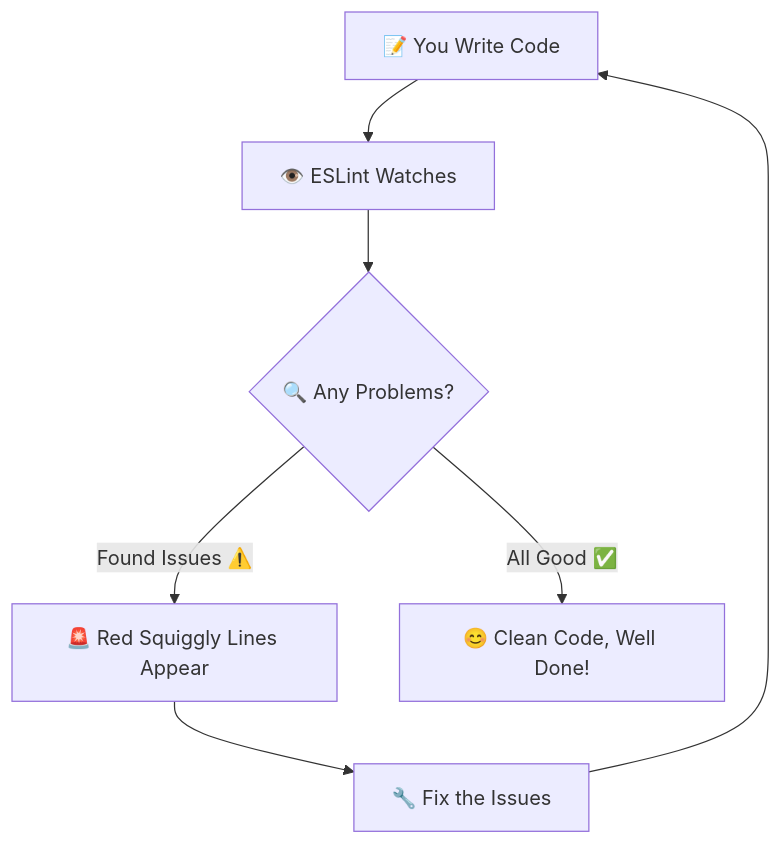
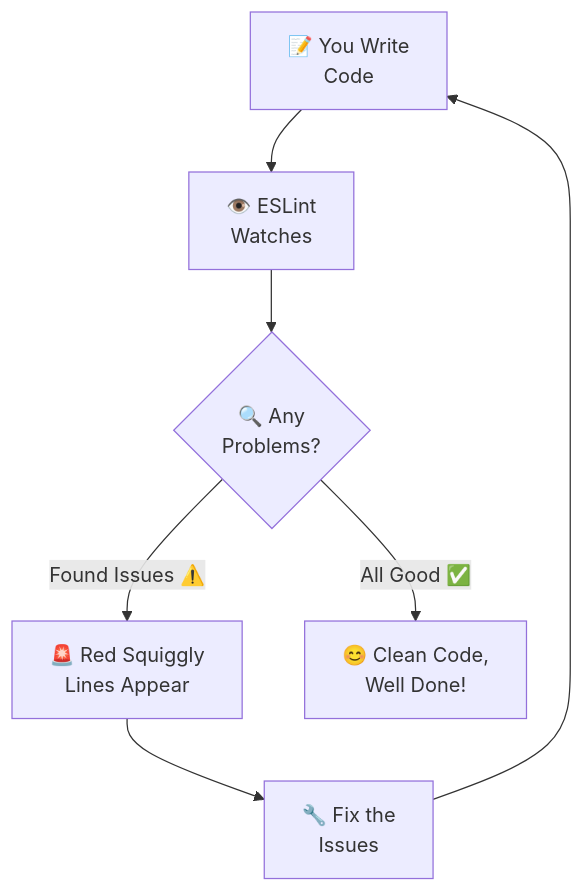
The third of 12 diagrams in docs/TOOLS_GLOSSARY.md (j4yh3m/alexandra-fizzbuzz-js), drawn with Mermaid before and after one commit. The commit also changed other lines of this file and 2 other files, not shown here.

First line of the commit message:
fix: improve Mermaid diagram readability with better text wrapping

````diff
--- a/docs/TOOLS_GLOSSARY.md
+++ b/docs/TOOLS_GLOSSARY.md
@@ -76,9 +76,9 @@
 ```mermaid
 graph TD
-    A[📝 You Write Code] --> B[👁️ ESLint Watches]
-    B --> C{🔍 Any Problems?}
-    C -->|Found Issues ⚠️| D[🚨 Red Squiggly Lines Appear]
-    C -->|All Good ✅| E[😊 Clean Code, Well Done!]
-    D --> F[🔧 Fix the Issues]
+    A[📝 You Write<br/>Code] --> B[👁️ ESLint<br/>Watches]
+    B --> C{"🔍 Any<br/>Problems?"}
+    C -->|Found Issues ⚠️| D[🚨 Red Squiggly<br/>Lines Appear]
+    C -->|All Good ✅| E[😊 Clean Code,<br/>Well Done!]
+    D --> F[🔧 Fix the<br/>Issues]
     F --> A
 ```
````
